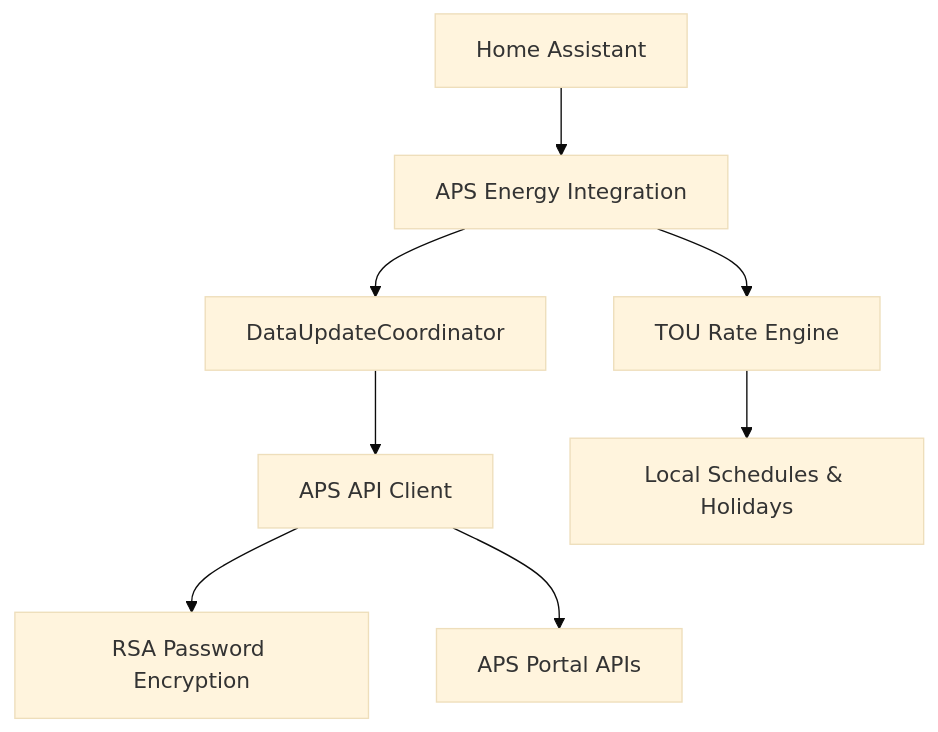
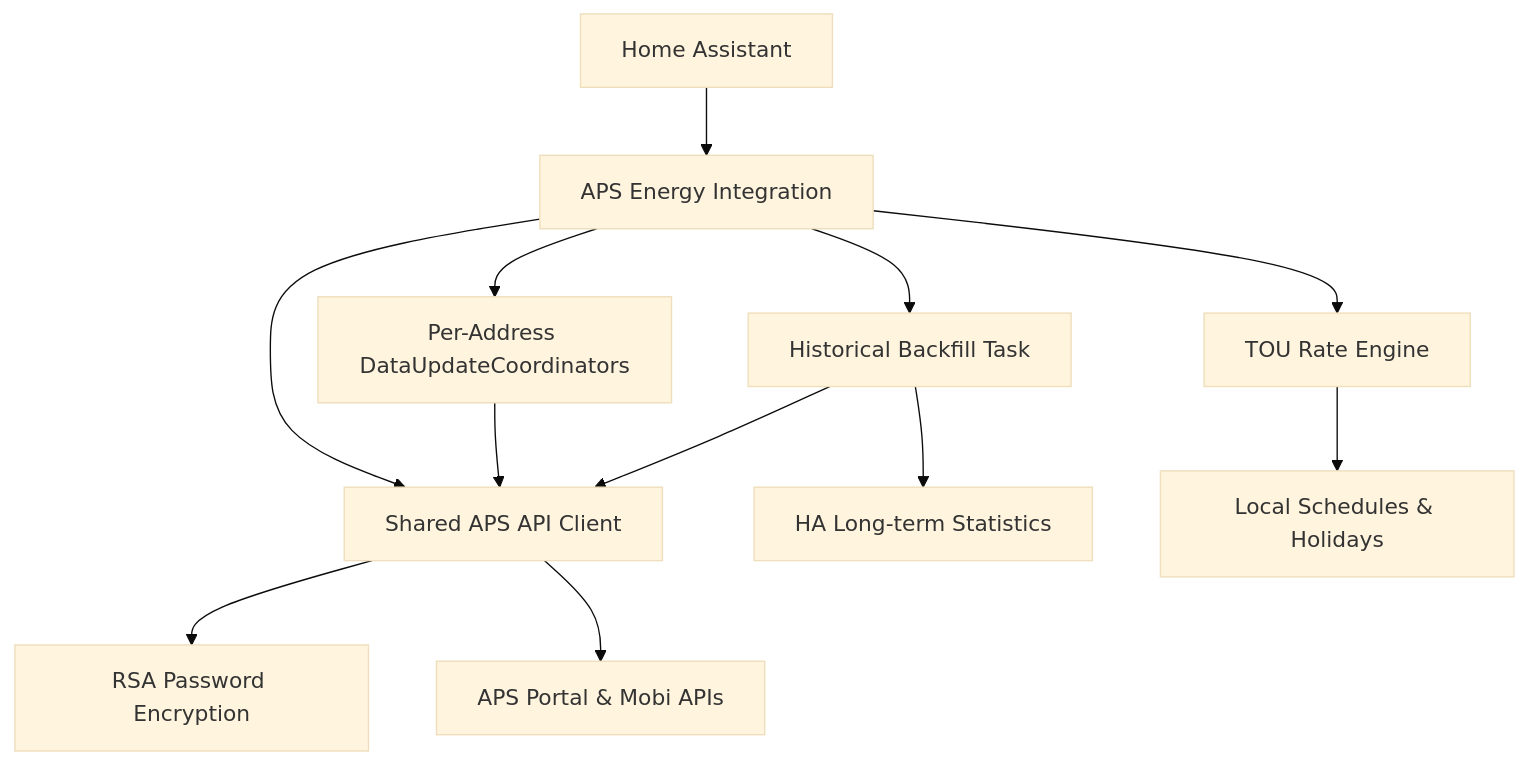
Before and after one commit to phanindrak/homeassistant-aps: the diagram in memory-bank/systemPatterns.md, drawn with Mermaid (base theme). The commit also changed other lines of this file and 19 other files, not shown here.

Commit message:
feat: complete Phase 2 with multi-address support, historical backfill, and UI/UX improvements

````diff
--- a/memory-bank/systemPatterns.md
+++ b/memory-bank/systemPatterns.md
@@ -7,10 +7,14 @@
 ```mermaid
 graph TD
     HA[Home Assistant] --> Integration[APS Energy Integration]
-    Integration --> Coordinator[DataUpdateCoordinator]
-    Coordinator --> Client[APS API Client]
+    Integration --> Client[Shared APS API Client]
     Client --> Encryption[RSA Password Encryption]
-    Client --> Portal[APS Portal APIs]
+    Client --> Portal[APS Portal & Mobi APIs]
+    Integration --> Coordinators[Per-Address DataUpdateCoordinators]
+    Coordinators --> Client
+    Integration --> Backfill[Historical Backfill Task]
+    Backfill --> Client
+    Backfill --> HAStats[HA Long-term Statistics]
     Integration --> RateEngine[TOU Rate Engine]
     RateEngine --> Logic[Local Schedules & Holidays]
 ```
````
